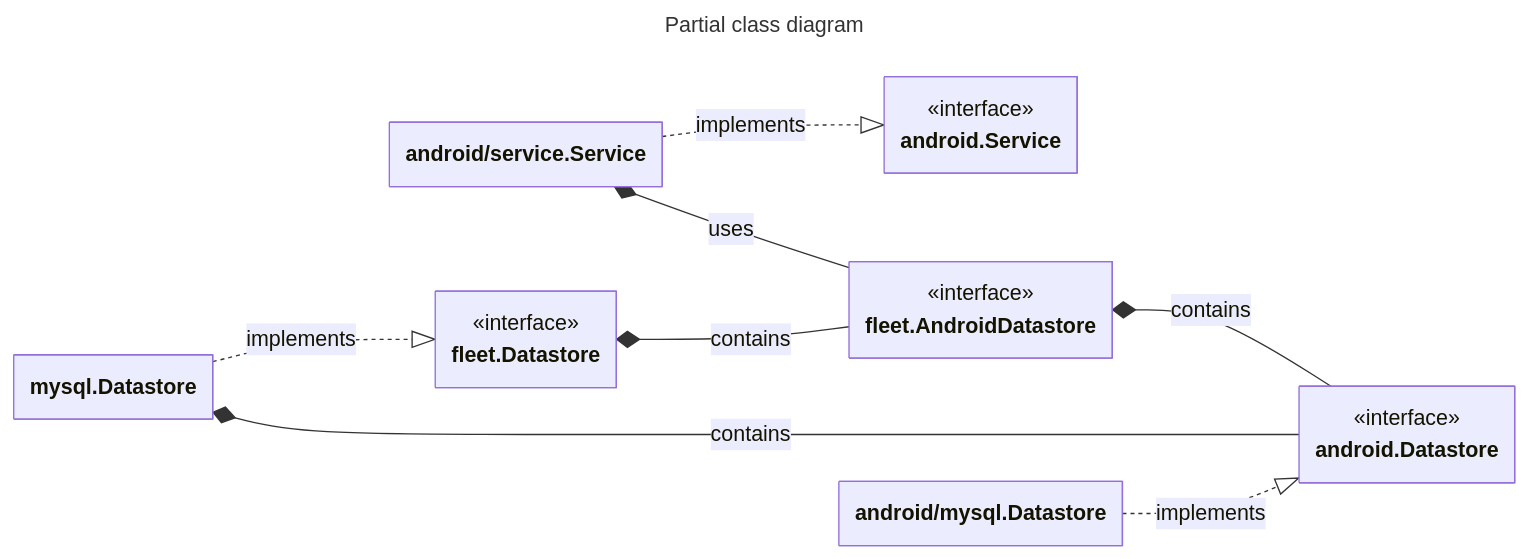
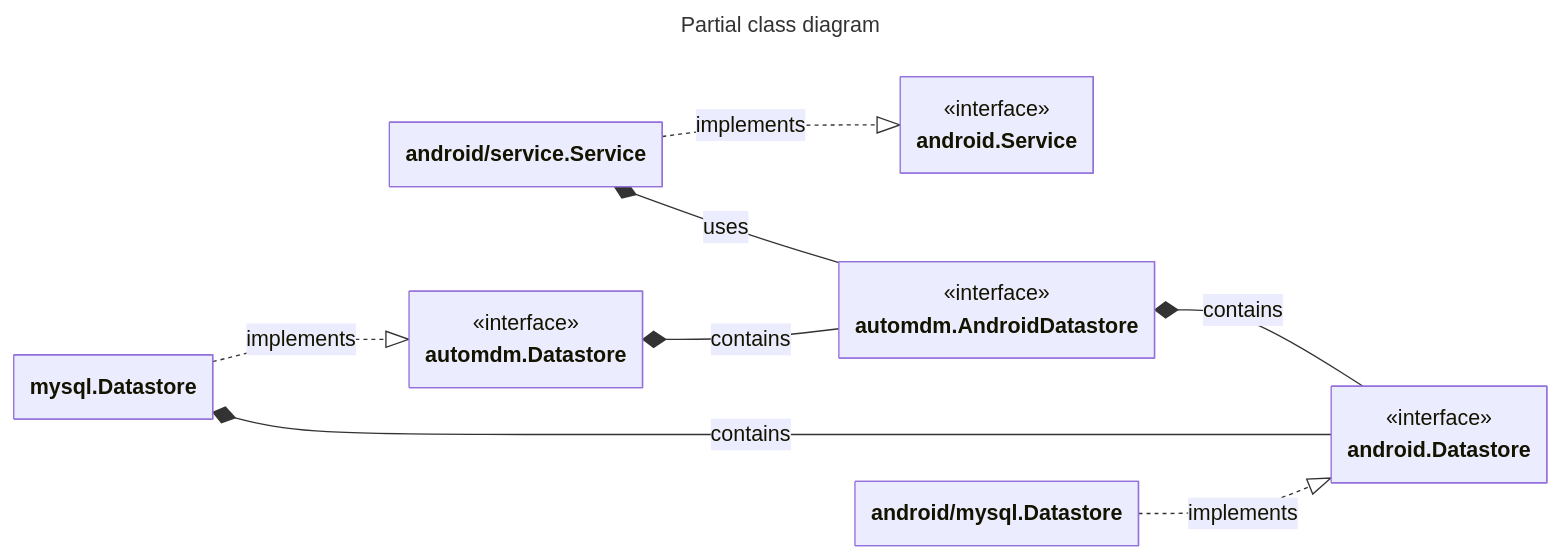
One commit to anilyagiz/AutoMDM changed the third of 3 diagrams in docs/Contributing/mdm/android/android-mdm.md. Above: the diagram before and after it, drawn with Mermaid. The commit also changed other lines of this file and 7979 other files, not shown here.

````diff
--- a/docs/Contributing/mdm/android/android-mdm.md
+++ b/docs/Contributing/mdm/android/android-mdm.md
@@ -151,27 +151,27 @@
 ```mermaid
 ---
 title: Partial class diagram
 config:
   class:
     hideEmptyMembersBox: true
 ---
 classDiagram
     direction LR
     class `android.Service`
     <<interface>> `android.Service`
     class `android/service.Service`
     `android/service.Service` ..|> `android.Service`: implements
 
-    class `fleet.AndroidDatastore`
-    <<interface>> `fleet.AndroidDatastore`
-    class `fleet.Datastore`
-    <<interface>> `fleet.Datastore`
+    class `automdm.AndroidDatastore`
+    <<interface>> `automdm.AndroidDatastore`
+    class `automdm.Datastore`
+    <<interface>> `automdm.Datastore`
     class `android.Datastore`
     <<interface>> `android.Datastore`
-    `android/service.Service` *-- `fleet.AndroidDatastore`: uses
-    `fleet.Datastore` *-- `fleet.AndroidDatastore`: contains
-    `mysql.Datastore` ..|> `fleet.Datastore`: implements
-    `fleet.AndroidDatastore` *-- `android.Datastore`: contains
+    `android/service.Service` *-- `automdm.AndroidDatastore`: uses
+    `automdm.Datastore` *-- `automdm.AndroidDatastore`: contains
+    `mysql.Datastore` ..|> `automdm.Datastore`: implements
+    `automdm.AndroidDatastore` *-- `android.Datastore`: contains
     `mysql.Datastore` *-- `android.Datastore`: contains
     `android/mysql.Datastore` ..|> `android.Datastore`: implements
 ```
````
